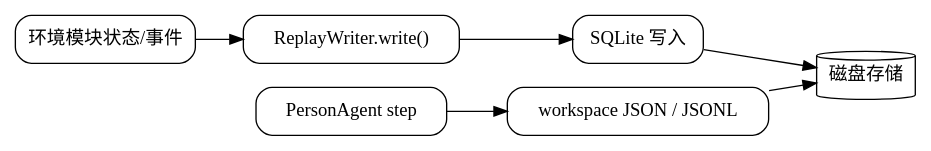
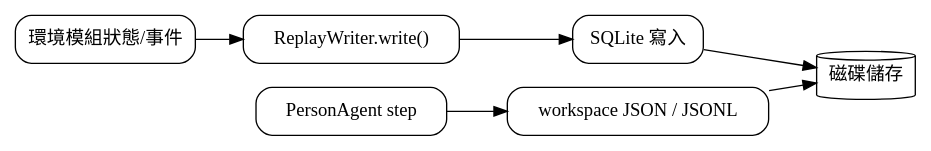
Before and after one commit to HandsomeGod0516/HellowGodWorld: the second of 2 diagrams in agentsociety/packages/agentsociety2/docs/storage.rst, drawn with Graphviz. The commit also changed other lines of this file and 654 other files, not shown here.

```diff
--- a/agentsociety/packages/agentsociety2/docs/storage.rst
+++ b/agentsociety/packages/agentsociety2/docs/storage.rst
@@ -80,21 +80,21 @@
 .. graphviz::
 
    digraph write_flow {
        rankdir=LR;
        node [shape=box, style=rounded];
 
-       Env [label="环境模块状态/事件"];
+       Env [label="環境模組狀態/事件"];
        ReplayWriter [label="ReplayWriter.write()"];
-       SQLite [label="SQLite 写入"];
-       Disk [label="磁盘存储", shape=cylinder];
+       SQLite [label="SQLite 寫入"];
+       Disk [label="磁碟儲存", shape=cylinder];
 
        Person [label="PersonAgent step"];
        Workspace [label="workspace JSON / JSONL"];
 
        Env -> ReplayWriter;
        ReplayWriter -> SQLite;
        SQLite -> Disk;
 
        Person -> Workspace;
        Workspace -> Disk;
    }
```
